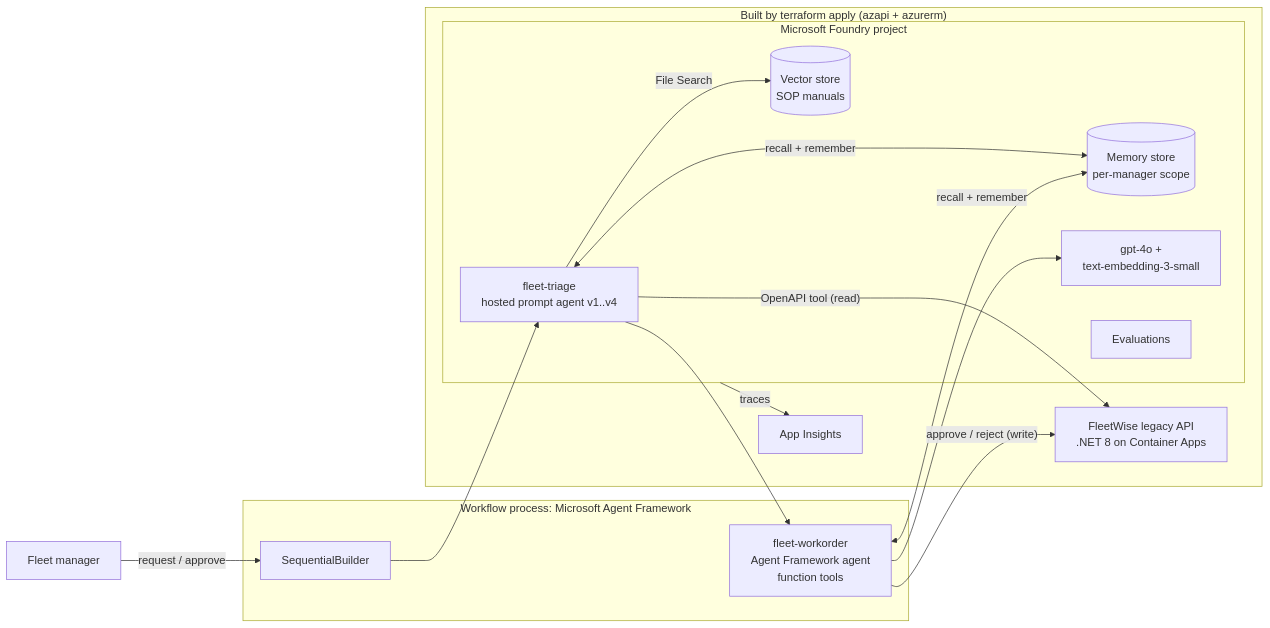
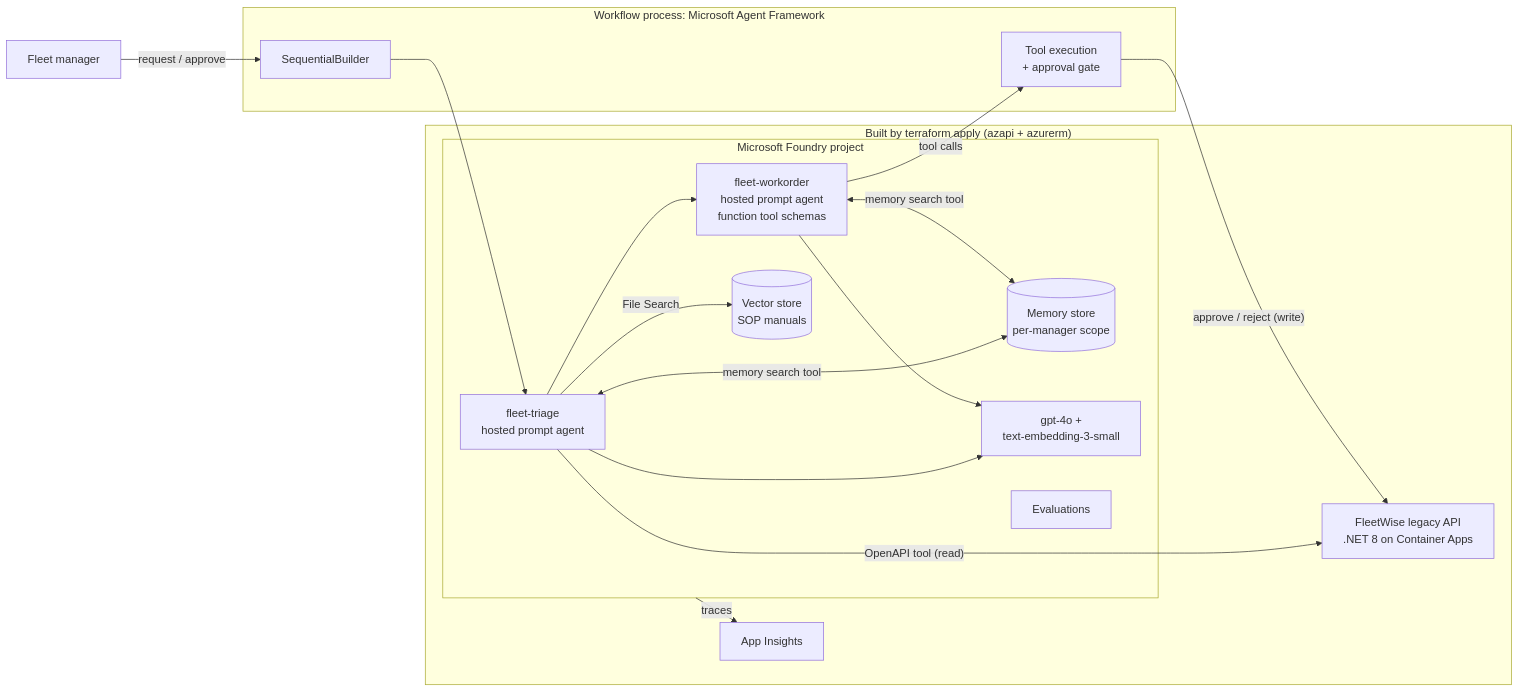
The first of 4 diagrams in README.md (hkaanturgut/foundry-fleetwise-agents), drawn with Mermaid before and after one commit. The commit also changed other lines of this file and 9 other files, not shown here.

First line of the commit message:
Host both agents in Foundry with the memory search tool; Foundry policy grader; production guide

````diff
--- a/README.md
+++ b/README.md
@@ -37,27 +38,29 @@
 ```mermaid
 flowchart LR
     Mgr["Fleet manager"]
     subgraph Proc["Workflow process: Microsoft Agent Framework"]
         SEQ["SequentialBuilder"]
-        WO["fleet-workorder<br/>Agent Framework agent<br/>function tools"]
+        EXE["Tool execution<br/>+ approval gate"]
     end
     subgraph TF["Built by terraform apply (azapi + azurerm)"]
         subgraph F["Microsoft Foundry project"]
-            TRI["fleet-triage<br/>hosted prompt agent v1..v4"]
+            TRI["fleet-triage<br/>hosted prompt agent"]
+            WO["fleet-workorder<br/>hosted prompt agent<br/>function tool schemas"]
             MEM[("Memory store<br/>per-manager scope")]
             VS[("Vector store<br/>SOP manuals")]
             MD["gpt-4o +<br/>text-embedding-3-small"]
             EV["Evaluations"]
         end
         API["FleetWise legacy API<br/>.NET 8 on Container Apps"]
         AI["App Insights"]
     end
     Mgr -- "request / approve" --> SEQ
     SEQ --> TRI --> WO
     TRI -- "OpenAPI tool (read)" --> API
     TRI -- "File Search" --> VS
-    WO -- "approve / reject (write)" --> API
-    TRI & WO <-- "recall + remember" --> MEM
-    WO --> MD
+    WO -- "tool calls" --> EXE
+    EXE -- "approve / reject (write)" --> API
+    TRI & WO <-- "memory search tool" --> MEM
+    TRI & WO --> MD
     F -- traces --> AI
 ```
````
